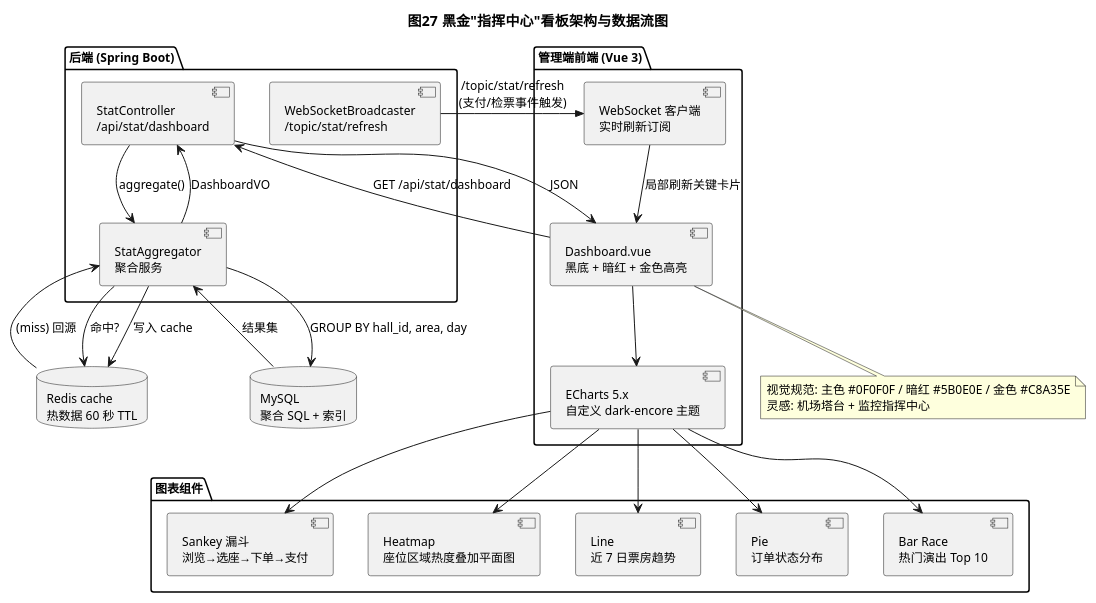
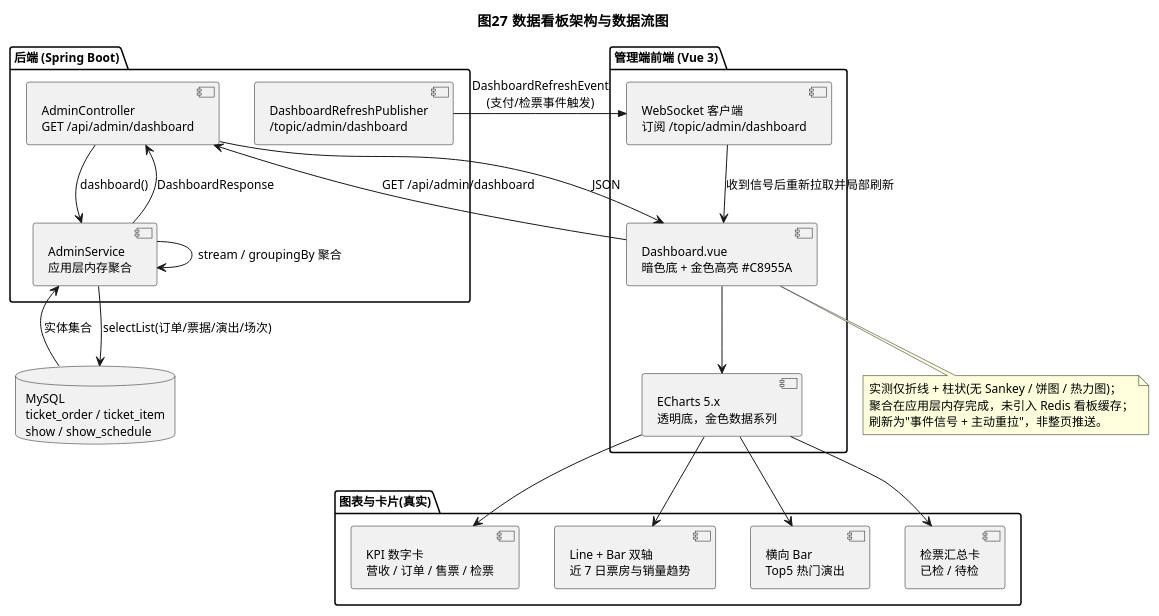
One commit to L0ne1y4Ever/ENCORE changed the diagram in uml-source/figure-27.puml. Above: the diagram before and after it, drawn with PlantUML. The commit also changed 89 other files, not shown here.

```diff
--- a/uml-source/figure-27.puml
+++ b/uml-source/figure-27.puml
@@ -1,54 +1,50 @@
 @startuml
 !pragma teoz true
 skinparam shadowing false
 skinparam DefaultFontName "Microsoft YaHei"
 skinparam DefaultFontSize 12
-title 图27  黑金"指挥中心"看板架构与数据流图
+title 图27  数据看板架构与数据流图
 
 package "管理端前端 (Vue 3)" {
-  component [Dashboard.vue\n黑底 + 暗红 + 金色高亮] as DV
-  component [ECharts 5.x\n自定义 dark-encore 主题] as EC
-  component [WebSocket 客户端\n实时刷新订阅] as WSC
+  component [Dashboard.vue\n暗色底 + 金色高亮 #C8955A] as DV
+  component [ECharts 5.x\n透明底，金色数据系列] as EC
+  component [WebSocket 客户端\n订阅 /topic/admin/dashboard] as WSC
 }
 
-package "图表组件" {
-  component [Sankey 漏斗\n浏览→选座→下单→支付] as SK
-  component [Heatmap\n座位区域热度叠加平面图] as HM
-  component [Line\n近 7 日票房趋势] as LN
-  component [Pie\n订单状态分布] as PI
-  component [Bar Race\n热门演出 Top 10] as BR
+package "图表与卡片(真实)" {
+  component [KPI 数字卡\n营收 / 订单 / 售票 / 检票] as KPI
+  component [Line + Bar 双轴\n近 7 日票房与销量趋势] as LN
+  component [横向 Bar\nTop5 热门演出] as BR
+  component [检票汇总卡\n已检 / 待检] as CK
 }
 
 package "后端 (Spring Boot)" {
-  component [StatController\n/api/stat/dashboard] as SC
-  component [StatAggregator\n聚合服务] as SA
-  component [WebSocketBroadcaster\n/topic/stat/refresh] as WSB
+  component [AdminController\nGET /api/admin/dashboard] as AC
+  component [AdminService\n应用层内存聚合] as AS
+  component [DashboardRefreshPublisher\n/topic/admin/dashboard] as DRP
 }
 
-database "Redis cache\n热数据 60 秒 TTL" as RC
-database "MySQL\n聚合 SQL + 索引" as DB
+database "MySQL\nticket_order / ticket_item\nshow / show_schedule" as DB
 
 DV --> EC
-EC --> SK
-EC --> HM
+EC --> KPI
 EC --> LN
-EC --> PI
 EC --> BR
-DV --> SC : GET /api/stat/dashboard
-SC --> SA : aggregate()
-SA --> RC : 命中?
-RC --> SA : (miss) 回源
-SA --> DB : GROUP BY hall_id, area, day
-DB --> SA : 结果集
-SA --> RC : 写入 cache
-SA --> SC : DashboardVO
-SC --> DV : JSON
+EC --> CK
+DV --> AC : GET /api/admin/dashboard
+AC --> AS : dashboard()
+AS --> DB : selectList(订单/票据/演出/场次)
+DB --> AS : 实体集合
+AS --> AS : stream / groupingBy 聚合
+AS --> AC : DashboardResponse
+AC --> DV : JSON
 
-WSB ->> WSC : /topic/stat/refresh\n(支付/检票事件触发)
-WSC --> DV : 局部刷新关键卡片
+DRP ->> WSC : DashboardRefreshEvent\n(支付/检票事件触发)
+WSC --> DV : 收到信号后重新拉取并局部刷新
 
 note bottom of DV
-  视觉规范: 主色 #0F0F0F / 暗红 #5B0E0E / 金色 #C8A35E
-  灵感: 机场塔台 + 监控指挥中心
+  实测仅折线 + 柱状(无 Sankey / 饼图 / 热力图)；
+  聚合在应用层内存完成，未引入 Redis 看板缓存；
+  刷新为"事件信号 + 主动重拉"，非整页推送。
 end note
 @enduml
```
